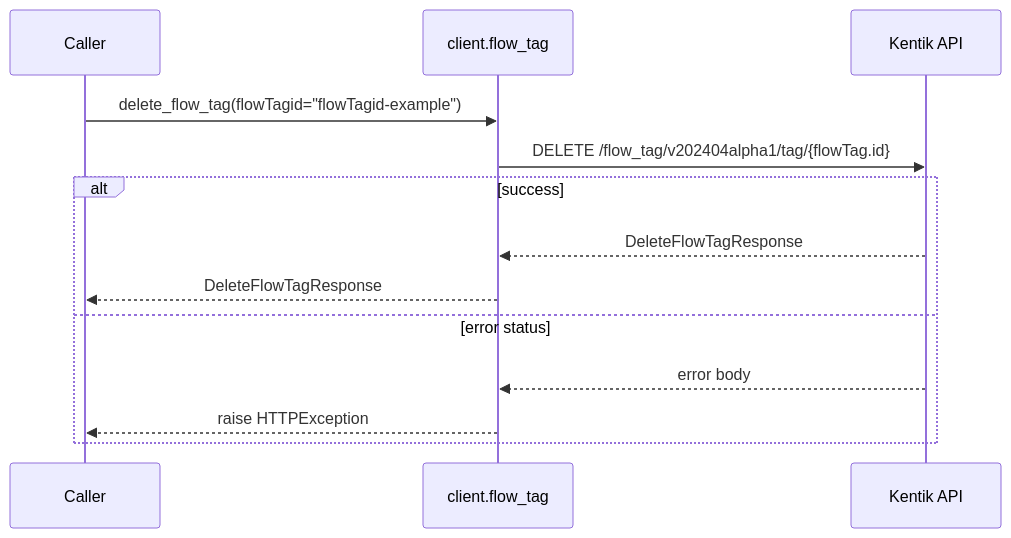
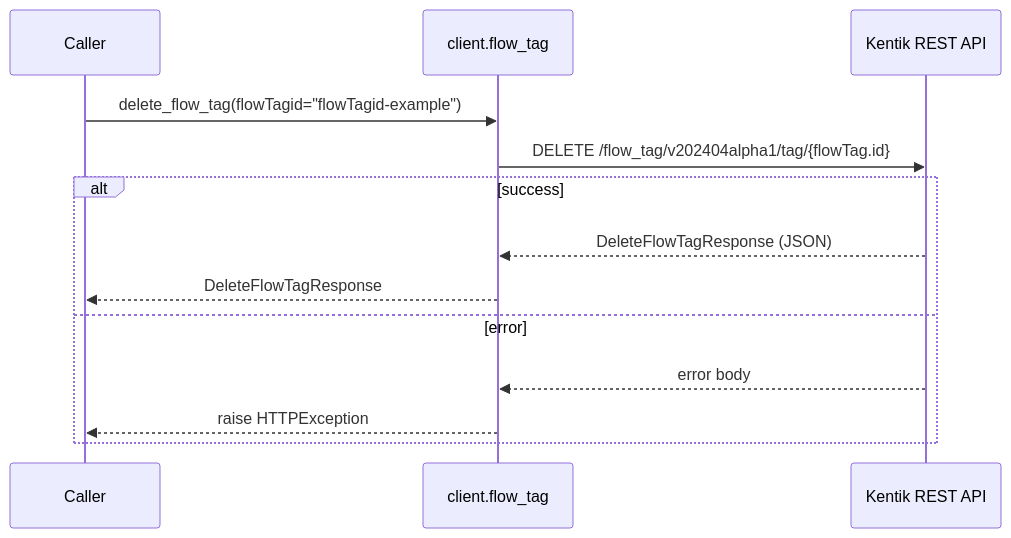
The tenth of 12 diagrams in docs/sphinx/services/flow_tag.md (alexdearaujo/community_sdk_python), drawn with Mermaid before and after one commit. The commit also changed other lines of this file and 61 other files, not shown here.

````diff
--- a/docs/sphinx/services/flow_tag.md
+++ b/docs/sphinx/services/flow_tag.md
@@ -237,16 +339,16 @@
 ```mermaid
 sequenceDiagram
     participant C as Caller
     participant W as client.flow_tag
-    participant API as Kentik API
+    participant API as Kentik REST API
 
     C->>W: delete_flow_tag(flowTagid="flowTagid-example")
     W->>API: DELETE /flow_tag/v202404alpha1/tag/{flowTag.id}
     alt success
-        API-->>W: DeleteFlowTagResponse
+        API-->>W: DeleteFlowTagResponse (JSON)
         W-->>C: DeleteFlowTagResponse
-    else error status
+    else error
         API-->>W: error body
         W-->>C: raise HTTPException
     end
 ```
````
